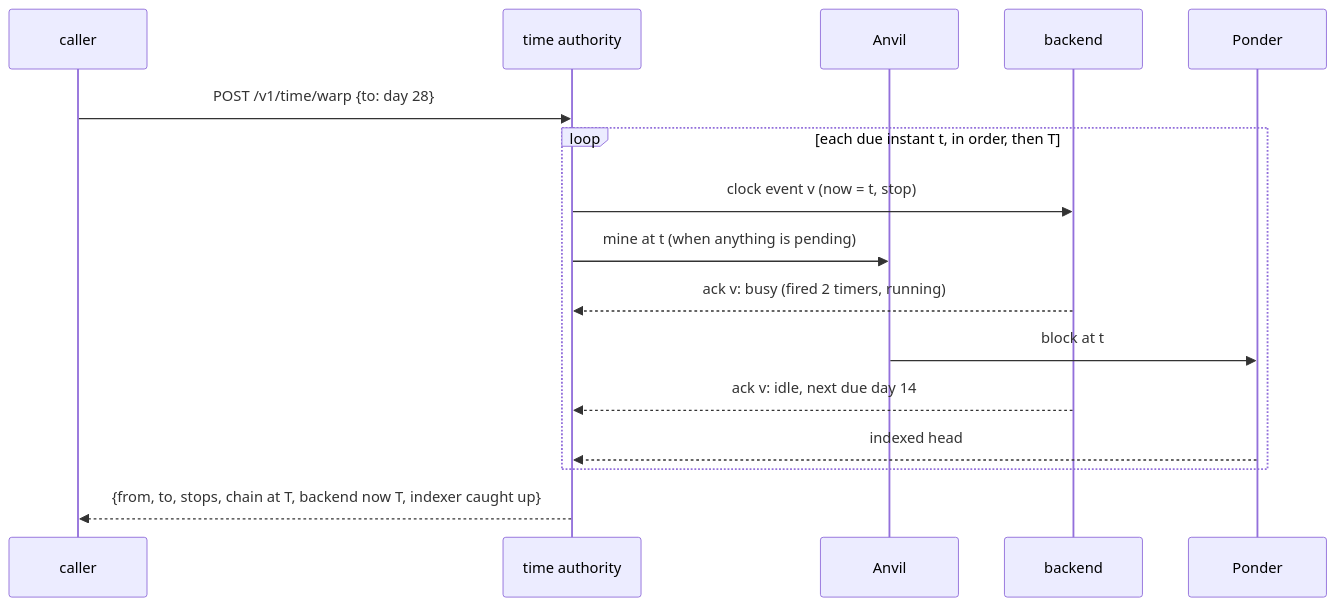
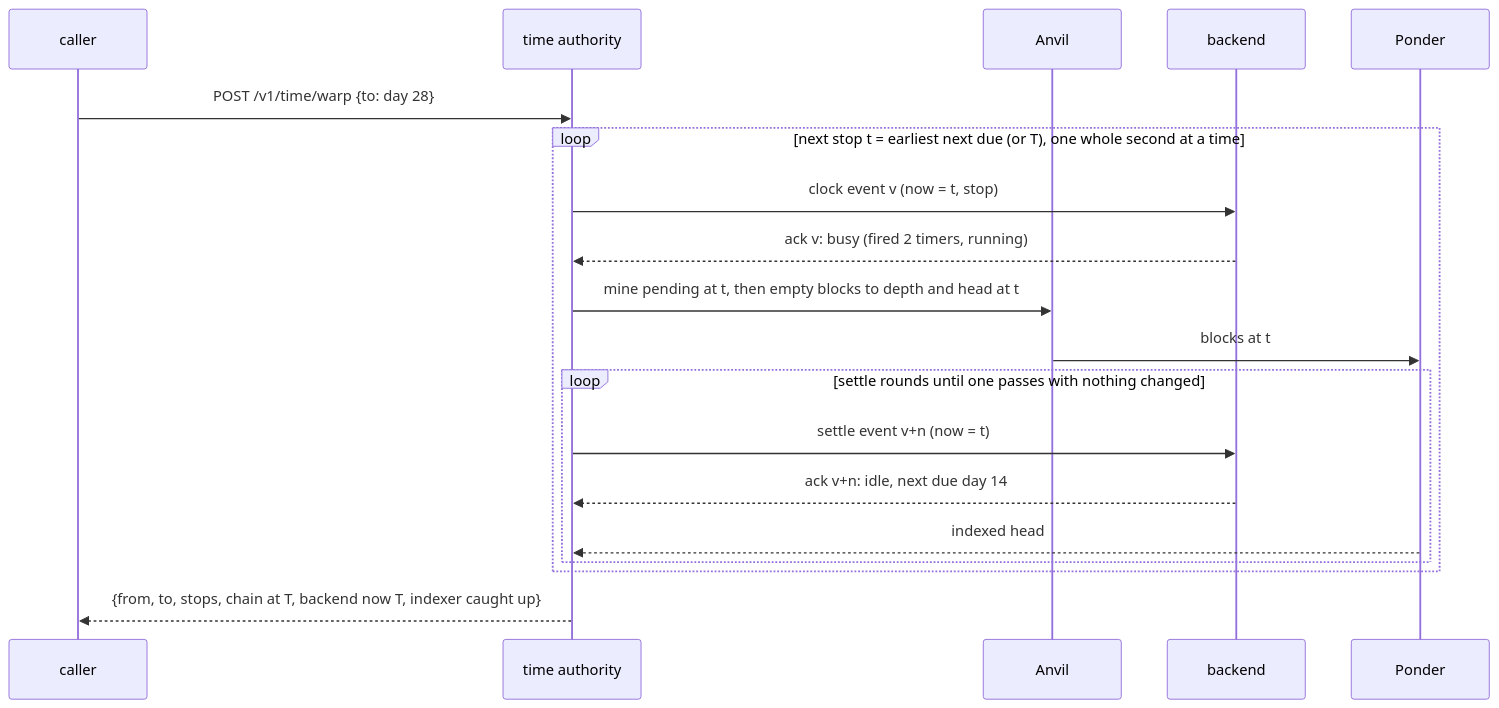
Before and after one commit to AaronAbuUsama/capxul-next: the second of 2 diagrams in docs/design/time.md, drawn with Mermaid. The commit also changed other lines of this file and 2 other files, not shown here.

First line of the commit message:
Time design lane done and reviewed: one clock

````diff
--- a/docs/design/time.md
+++ b/docs/design/time.md
@@ -367,18 +367,21 @@
 ```mermaid
 sequenceDiagram
   participant C as caller
   participant A as time authority
   participant X as Anvil
   participant B as backend
   participant P as Ponder
   C->>A: POST /v1/time/warp {to: day 28}
-  loop each due instant t, in order, then T
+  loop next stop t = earliest next due (or T), one whole second at a time
     A->>B: clock event v (now = t, stop)
-    A->>X: mine at t (when anything is pending)
     B-->>A: ack v: busy (fired 2 timers, running)
-    X->>P: block at t
-    B-->>A: ack v: idle, next due day 14
-    P-->>A: indexed head
+    A->>X: mine pending at t, then empty blocks to depth and head at t
+    X->>P: blocks at t
+    loop settle rounds until one passes with nothing changed
+      A->>B: settle event v+n (now = t)
+      B-->>A: ack v+n: idle, next due day 14
+      P-->>A: indexed head
+    end
   end
   A-->>C: {from, to, stops, chain at T, backend now T, indexer caught up}
 ```
````
